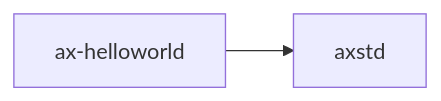
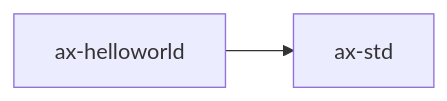
The diagram in docs/crates/ax-helloworld.md (zKurisu/tgoskits), drawn with Mermaid before and after one commit. The commit also changed other lines of this file and 153 other files, not shown here.

Commit message:
rename axstd to ax-std

````diff
--- a/docs/crates/ax-helloworld.md
+++ b/docs/crates/ax-helloworld.md
@@ -31,5 +31,5 @@
 ```mermaid
 graph LR
     current["ax-helloworld"]
-    current --> axstd["axstd"]
+    current --> ax-std["ax-std"]
 ```
````
